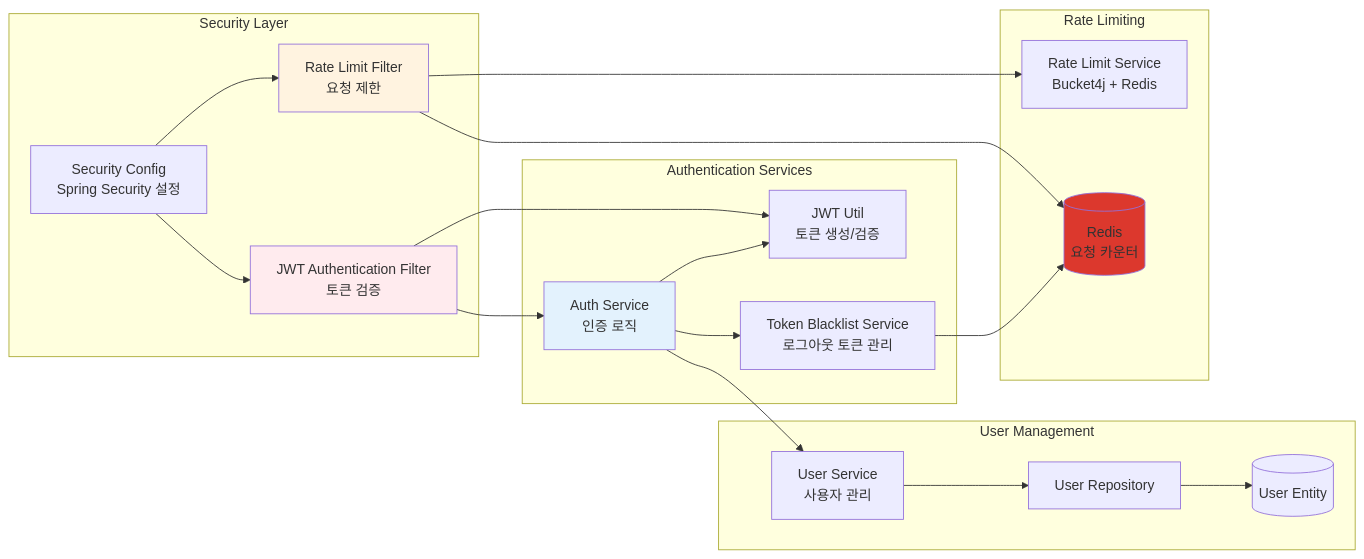
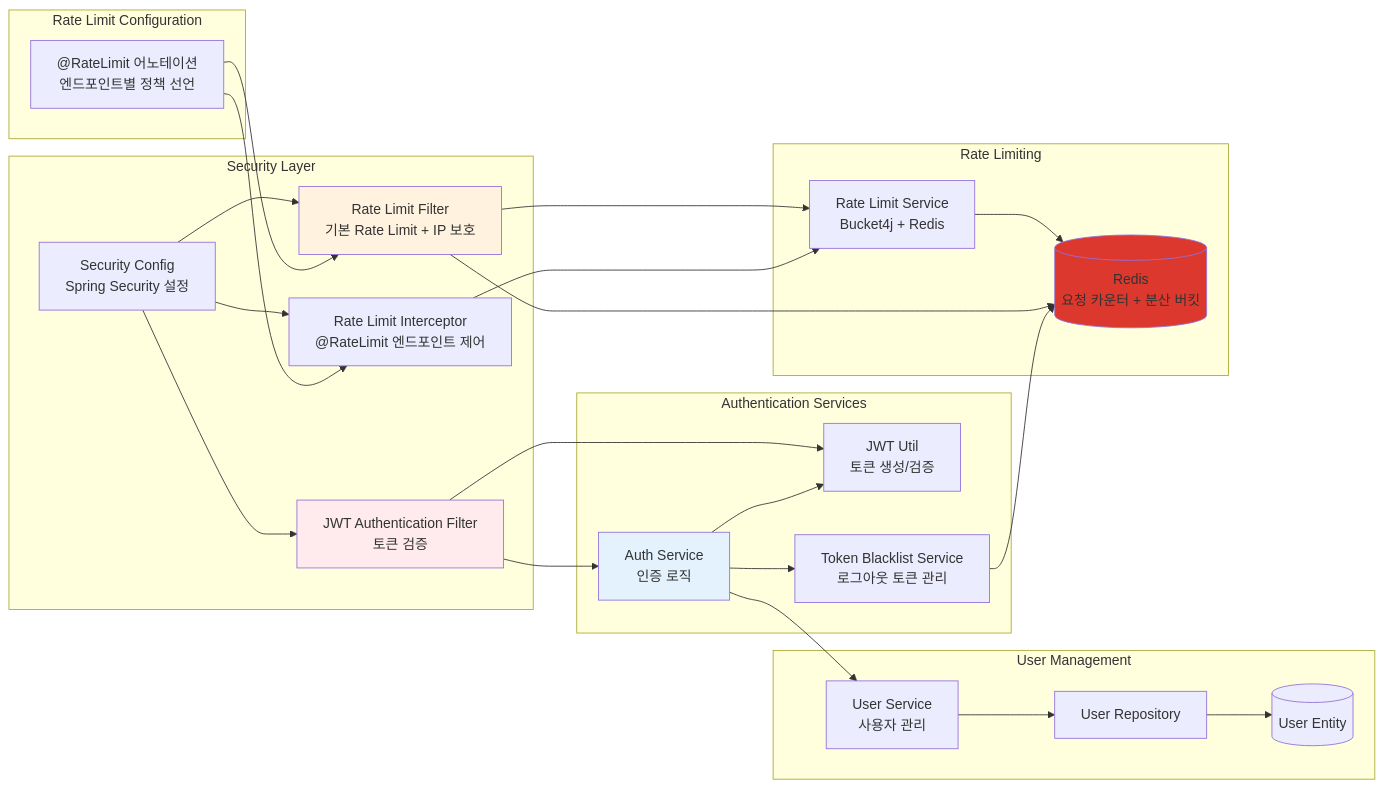
One commit to SaraHan774/Cupid changed the fourth of 18 diagrams in documents/system-architecture-diagrams.md. Above: the diagram before and after it, drawn with Mermaid. The commit also changed other lines of this file and 14 other files, not shown here.

````diff
--- a/documents/system-architecture-diagrams.md
+++ b/documents/system-architecture-diagrams.md
@@ -341,47 +346,58 @@
 ```mermaid
 graph LR
     subgraph "Security Layer"
         JwtFilter[JWT Authentication Filter<br/>토큰 검증]
-        RateLimitFilter[Rate Limit Filter<br/>요청 제한]
+        RateLimitFilter[Rate Limit Filter<br/>기본 Rate Limit + IP 보호]
+        RateLimitInterceptor["Rate Limit Interceptor<br/>@RateLimit 엔드포인트 제어"]
         SecurityConfig[Security Config<br/>Spring Security 설정]
+    end
+    
+    subgraph "Rate Limit Configuration"
+        RateLimitAnnotation["@RateLimit 어노테이션<br/>엔드포인트별 정책 선언"]
     end
     
     subgraph "Authentication Services"
         AuthService[Auth Service<br/>인증 로직]
         JwtUtil[JWT Util<br/>토큰 생성/검증]
         TokenBlacklistService[Token Blacklist Service<br/>로그아웃 토큰 관리]
     end
     
     subgraph "User Management"
         UserService[User Service<br/>사용자 관리]
         UserRepository[User Repository]
         UserEntity[(User Entity)]
     end
     
     subgraph "Rate Limiting"
         RateLimitService[Rate Limit Service<br/>Bucket4j + Redis]
-        Redis[(Redis<br/>요청 카운터)]
+        Redis[(Redis<br/>요청 카운터 + 분산 버킷)]
     end
     
     JwtFilter --> AuthService
     JwtFilter --> JwtUtil
     RateLimitFilter --> RateLimitService
+    RateLimitInterceptor --> RateLimitService
+    RateLimitService --> Redis
+    
     RateLimitFilter --> Redis
     
     AuthService --> UserService
     AuthService --> JwtUtil
     AuthService --> TokenBlacklistService
     
     UserService --> UserRepository
     UserRepository --> UserEntity
     
     TokenBlacklistService --> Redis
     
     SecurityConfig --> JwtFilter
     SecurityConfig --> RateLimitFilter
+    SecurityConfig --> RateLimitInterceptor
+    RateLimitAnnotation --> RateLimitInterceptor
+    RateLimitAnnotation --> RateLimitFilter
     
     style JwtFilter fill:#ffebee
     style RateLimitFilter fill:#fff3e0
     style AuthService fill:#e3f2fd
     style Redis fill:#DC382D
 ```
````
